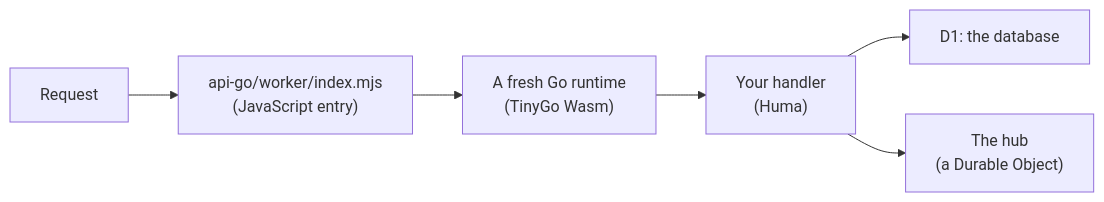
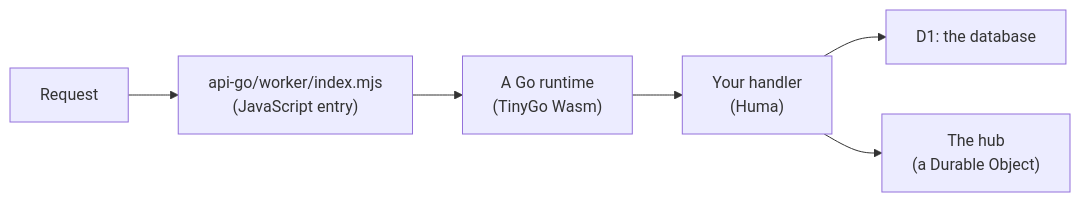
The diagram in docs/concepts/workers-go.md (joeblew999/charter), drawn with Mermaid before and after one commit. The commit also changed other lines of this file and 32 other files, not shown here.

````diff
--- a/docs/concepts/workers-go.md
+++ b/docs/concepts/workers-go.md
@@ -15,8 +15,8 @@
 ```mermaid
 flowchart LR
     R["Request"] --> J["api-go/worker/index.mjs<br/>(JavaScript entry)"]
-    J --> G["A fresh Go runtime<br/>(TinyGo Wasm)"]
+    J --> G["A Go runtime<br/>(TinyGo Wasm)"]
     G --> H["Your handler<br/>(Huma)"]
     H --> D["D1: the database"]
     H --> U["The hub<br/>(a Durable Object)"]
 ```
````
